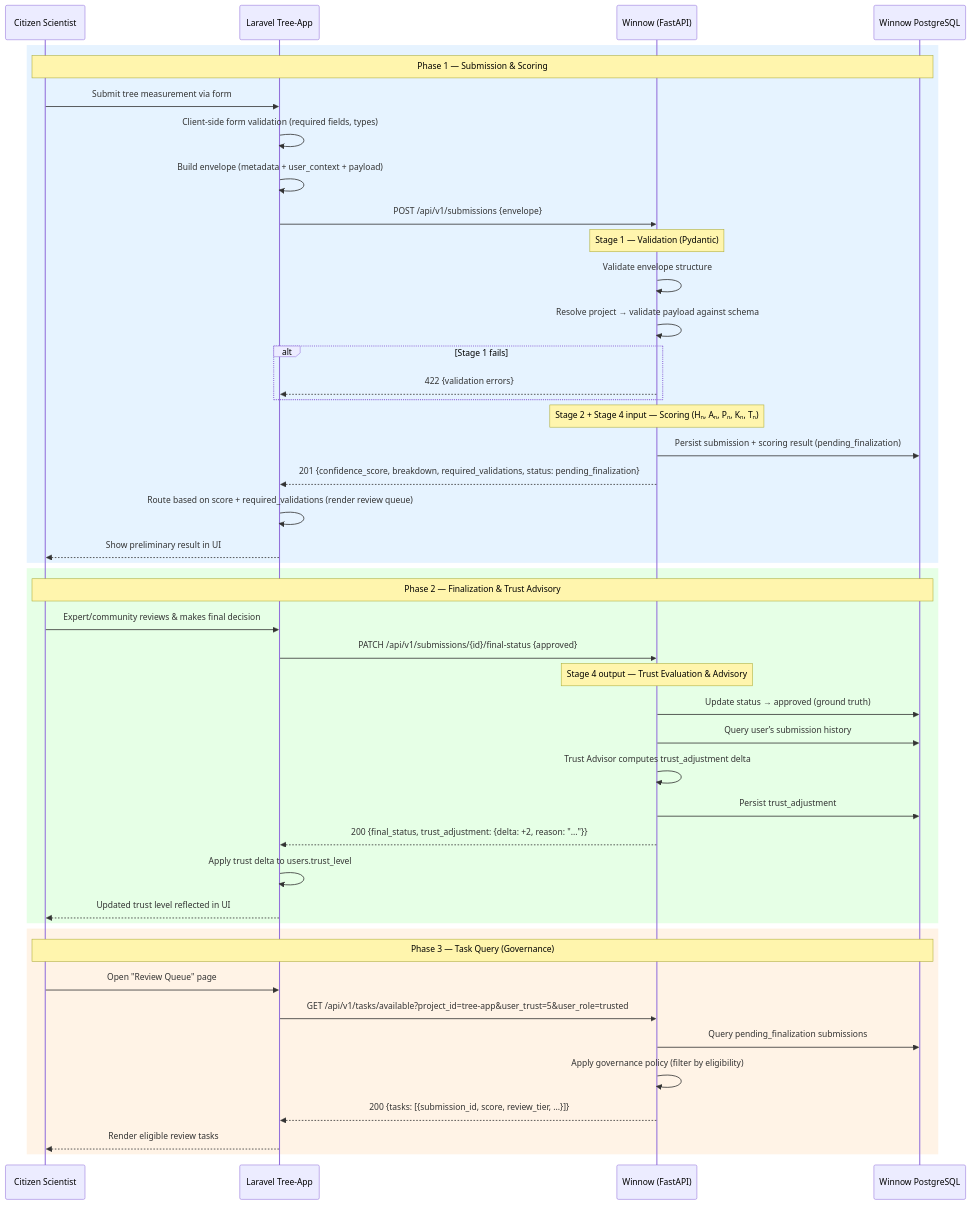
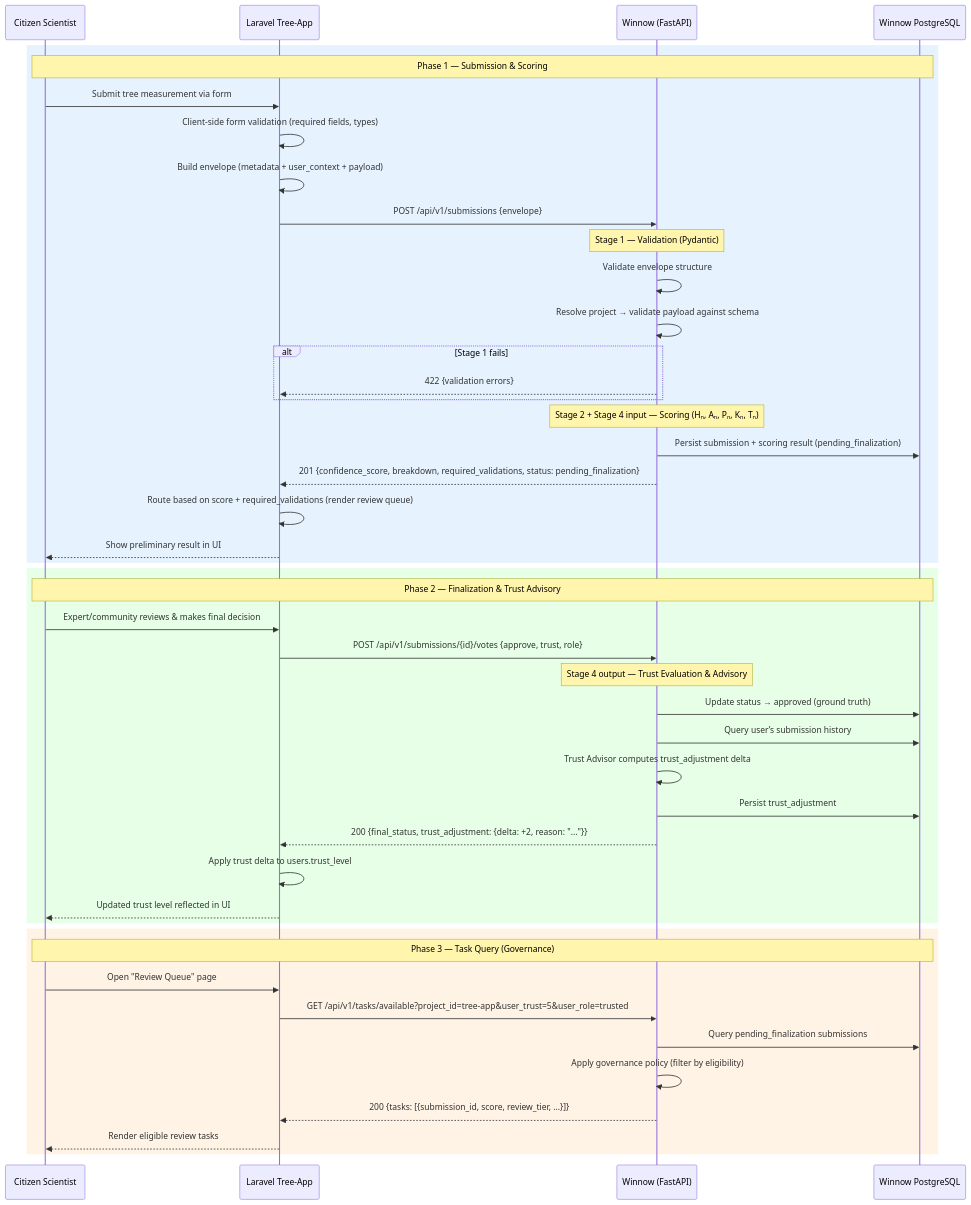
One commit to leyyce/winnow changed the third of 5 diagrams in docs/architecture/03_api_contracts.md. Above: the diagram before and after it, drawn with Mermaid. The commit also changed other lines of this file and 26 other files, not shown here.

````diff
--- a/docs/architecture/03_api_contracts.md
+++ b/docs/architecture/03_api_contracts.md
@@ -450,53 +464,53 @@
 ```mermaid
 sequenceDiagram
     participant User as Citizen Scientist
     participant Laravel as Laravel Tree-App
     participant Winnow as Winnow (FastAPI)
     participant WinnowDB as Winnow PostgreSQL
 
     rect rgb(230, 243, 255)
     Note over User,WinnowDB: Phase 1 — Submission & Scoring
     User->>Laravel: Submit tree measurement via form
     Laravel->>Laravel: Client-side form validation (required fields, types)
     Laravel->>Laravel: Build envelope (metadata + user_context + payload)
     Laravel->>Winnow: POST /api/v1/submissions {envelope}
 
     Note over Winnow: Stage 1 — Validation (Pydantic)
     Winnow->>Winnow: Validate envelope structure
     Winnow->>Winnow: Resolve project → validate payload against schema
     alt Stage 1 fails
         Winnow-->>Laravel: 422 {validation errors}
     end
 
     Note over Winnow: Stage 2 + Stage 4 input — Scoring (Hₙ, Aₙ, Pₙ, Kₙ, Tₙ)
     Winnow->>WinnowDB: Persist submission + scoring result (pending_finalization)
     Winnow-->>Laravel: 201 {confidence_score, breakdown, required_validations, status: pending_finalization}
     Laravel->>Laravel: Route based on score + required_validations (render review queue)
     Laravel-->>User: Show preliminary result in UI
     end
 
     rect rgb(230, 255, 230)
     Note over User,WinnowDB: Phase 2 — Finalization & Trust Advisory
     User->>Laravel: Expert/community reviews & makes final decision
-    Laravel->>Winnow: PATCH /api/v1/submissions/{id}/final-status {approved}
+    Laravel->>Winnow: POST /api/v1/submissions/{id}/votes {approve, trust, role}
 
     Note over Winnow: Stage 4 output — Trust Evaluation & Advisory
     Winnow->>WinnowDB: Update status → approved (ground truth)
     Winnow->>WinnowDB: Query user’s submission history
     Winnow->>Winnow: Trust Advisor computes trust_adjustment delta
     Winnow->>WinnowDB: Persist trust_adjustment
     Winnow-->>Laravel: 200 {final_status, trust_adjustment: {delta: +2, reason: "..."}}
     Laravel->>Laravel: Apply trust delta to users.trust_level
     Laravel-->>User: Updated trust level reflected in UI
     end
 
     rect rgb(255, 243, 230)
     Note over User,WinnowDB: Phase 3 — Task Query (Governance)
     User->>Laravel: Open "Review Queue" page
     Laravel->>Winnow: GET /api/v1/tasks/available?project_id=tree-app&user_trust=5&user_role=trusted
     Winnow->>WinnowDB: Query pending_finalization submissions
     Winnow->>Winnow: Apply governance policy (filter by eligibility)
     Winnow-->>Laravel: 200 {tasks: [{submission_id, score, review_tier, ...}]}
     Laravel-->>User: Render eligible review tasks
     end
 ```
````
